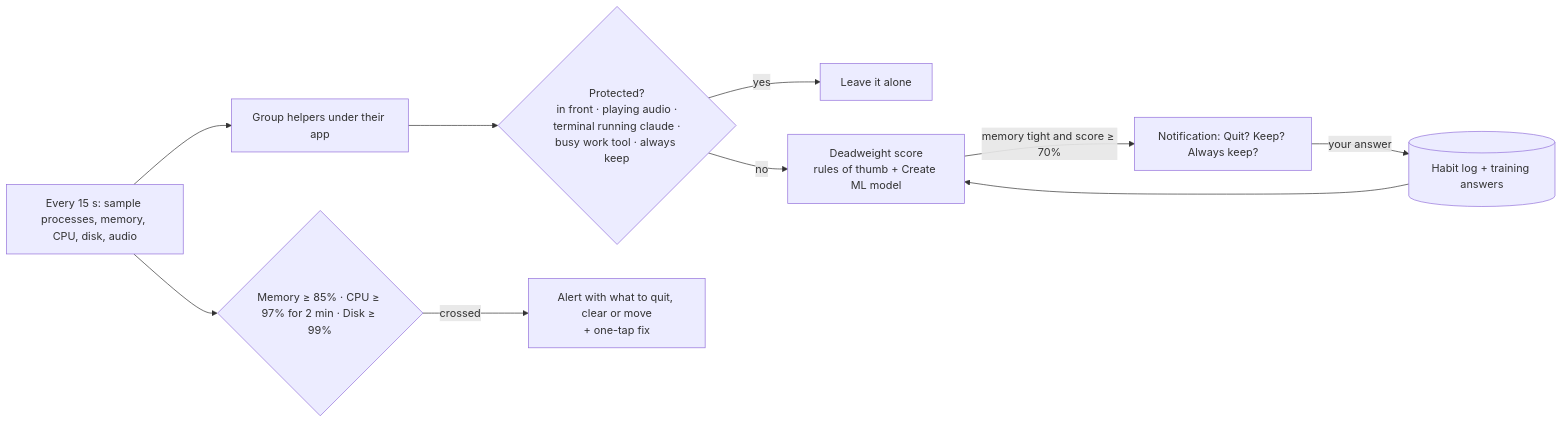
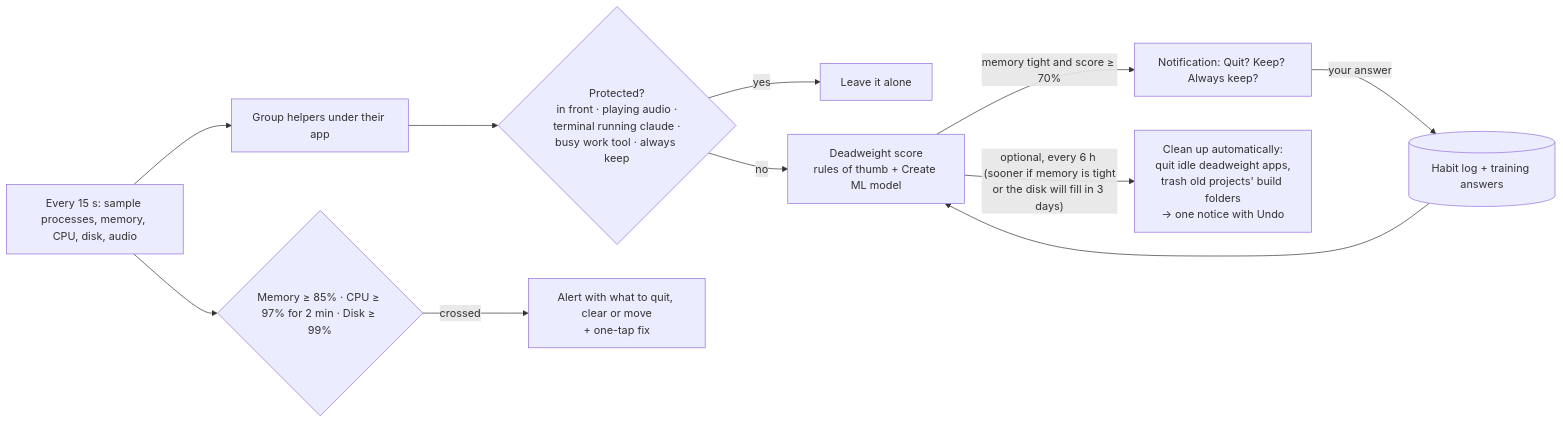
One commit to amalmehta/RamClean changed the diagram in README.md. Above: the diagram before and after it, drawn with Mermaid. The commit also changed other lines of this file and 15 other files, not shown here.

Commit message:
Clean up automatically (opt-in): quit idle deadweight apps and trash old projects' build folders every 6 h, sooner when memory is tight or the disk is forecast to fill, with one notice and Undo

````diff
--- a/README.md
+++ b/README.md
@@ -9,12 +9,13 @@
 ```mermaid
 flowchart LR
     A[Every 15 s: sample processes, memory, CPU, disk, audio] --> B[Group helpers under their app]
     B --> C{Protected?<br/>in front · playing audio ·<br/>terminal running claude ·<br/>busy work tool · always keep}
     C -- yes --> K[Leave it alone]
     C -- no --> D[Deadweight score<br/>rules of thumb + Create ML model]
     D -- memory tight and score ≥ 70% --> N[Notification: Quit? Keep? Always keep?]
     N -- your answer --> L[(Habit log + training answers)]
     A --> T{Memory ≥ 85% · CPU ≥ 97% for 2 min · Disk ≥ 99%}
     T -- crossed --> R[Alert with what to quit, clear or move<br/>+ one-tap fix]
     L --> D
+    D -- "optional, every 6 h (sooner if memory is tight<br/>or the disk will fill in 3 days)" --> AC[Clean up automatically:<br/>quit idle deadweight apps,<br/>trash old projects' build folders<br/>→ one notice with Undo]
 ```
````
